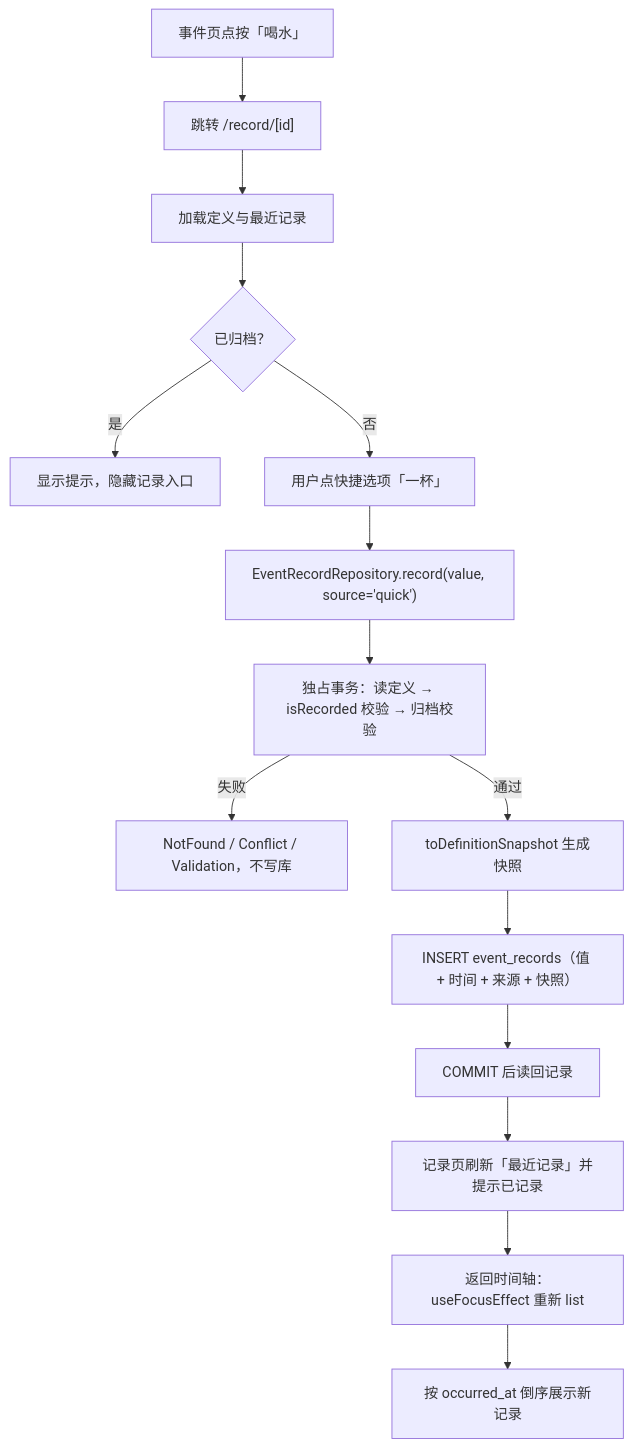
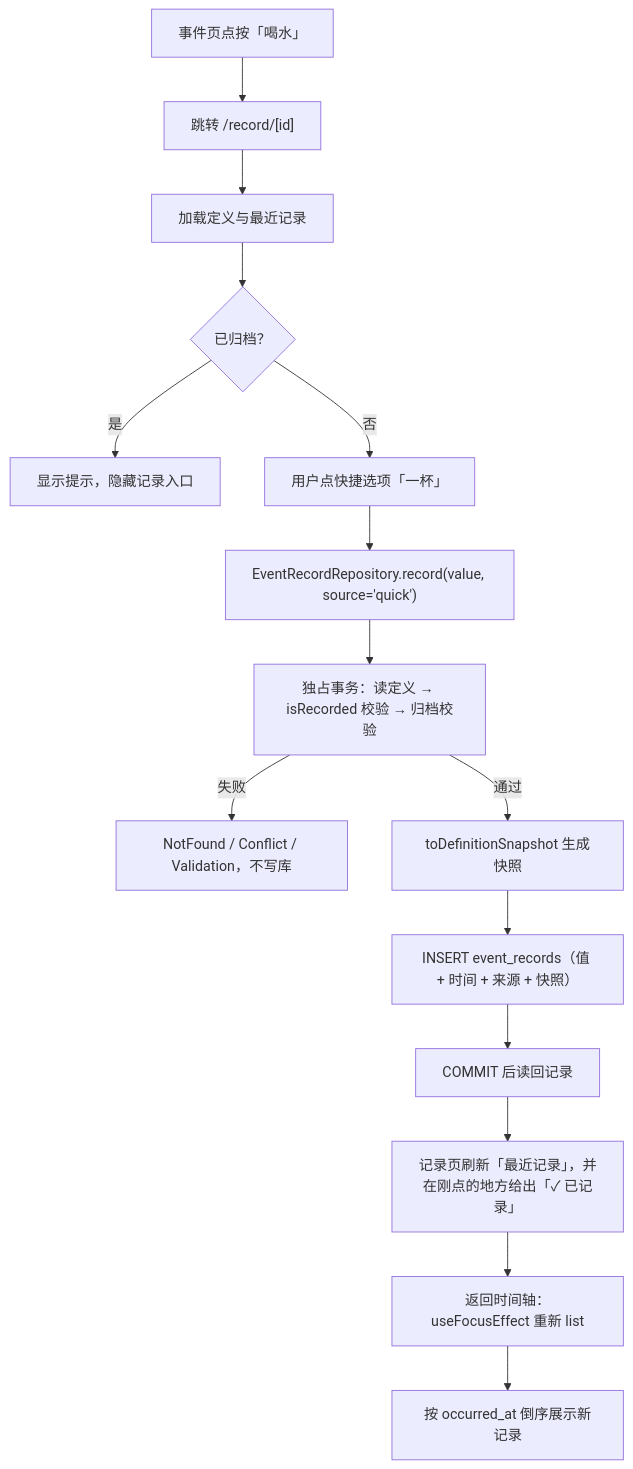
The diagram in docs/learning/09-event-recording.md (QinSa-Dev/LifeTrack), drawn with Mermaid before and after one commit. The commit also changed other lines of this file and 4 other files, not shown here.

````diff
--- a/docs/learning/09-event-recording.md
+++ b/docs/learning/09-event-recording.md
@@ -183,17 +183,17 @@
 ```mermaid
 flowchart TD
     A["事件页点按「喝水」"] --> B["跳转 /record/[id]"]
     B --> C["加载定义与最近记录"]
     C --> D{"已归档？"}
     D -- "是" --> D1["显示提示，隐藏记录入口"]
     D -- "否" --> E["用户点快捷选项「一杯」"]
     E --> F["EventRecordRepository.record(value, source='quick')"]
     F --> G["独占事务：读定义 → isRecorded 校验 → 归档校验"]
     G -- "失败" --> G1["NotFound / Conflict / Validation，不写库"]
     G -- "通过" --> H["toDefinitionSnapshot 生成快照"]
     H --> I["INSERT event_records（值 + 时间 + 来源 + 快照）"]
     I --> J["COMMIT 后读回记录"]
-    J --> K["记录页刷新「最近记录」并提示已记录"]
+    J --> K["记录页刷新「最近记录」，并在刚点的地方给出「✓ 已记录」"]
     K --> L["返回时间轴：useFocusEffect 重新 list"]
     L --> M["按 occurred_at 倒序展示新记录"]
 ```
````
